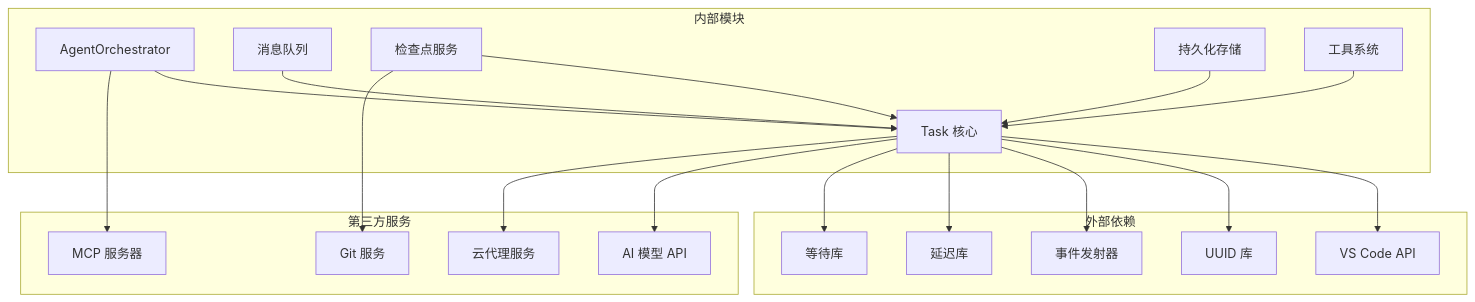
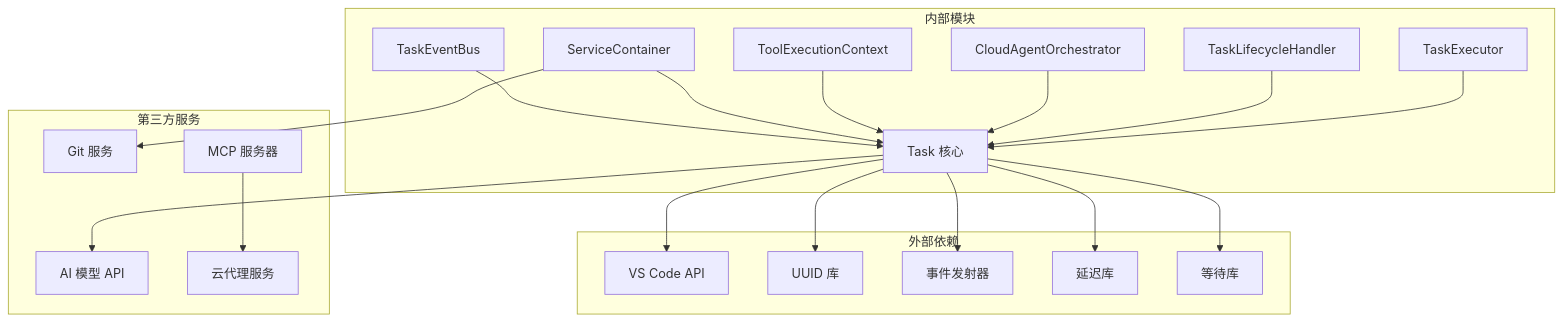
Diagram 13 of 13 in .qoder/repowiki/zh/content/项目概述/核心功能特性/任务管理系统/任务管理系统.md (JunjieChen0/NJUST), drawn with Mermaid before and after one commit. The commit also changed other lines of this file and 37 other files, not shown here.

````diff
--- a/.qoder/repowiki/zh/content/项目概述/核心功能特性/任务管理系统/任务管理系统.md
+++ b/.qoder/repowiki/zh/content/项目概述/核心功能特性/任务管理系统/任务管理系统.md
@@ -410,38 +583,39 @@
 ```mermaid
 graph TB
 subgraph "外部依赖"
 A[VS Code API]
 B[UUID 库]
 C[事件发射器]
 D[延迟库]
 E[等待库]
 end
 subgraph "内部模块"
 F[Task 核心]
-G[AgentOrchestrator]
-H[消息队列]
-I[检查点服务]
-J[持久化存储]
-K[工具系统]
+G[TaskExecutor]
+H[TaskLifecycleHandler]
+I[CloudAgentOrchestrator]
+J[ToolExecutionContext]
+K[ServiceContainer]
+L[TaskEventBus]
 end
 subgraph "第三方服务"
-L[AI 模型 API]
-M[Git 服务]
-N[MCP 服务器]
-O[云代理服务]
+M[AI 模型 API]
+N[Git 服务]
+O[MCP 服务器]
+P[云代理服务]
 end
 F --> A
 F --> B
 F --> C
 F --> D
 F --> E
 G --> F
 H --> F
 I --> F
 J --> F
 K --> F
-F --> L
-I --> M
-G --> N
-F --> O
+L --> F
+F --> M
+K --> N
+O --> P
 ```
````
